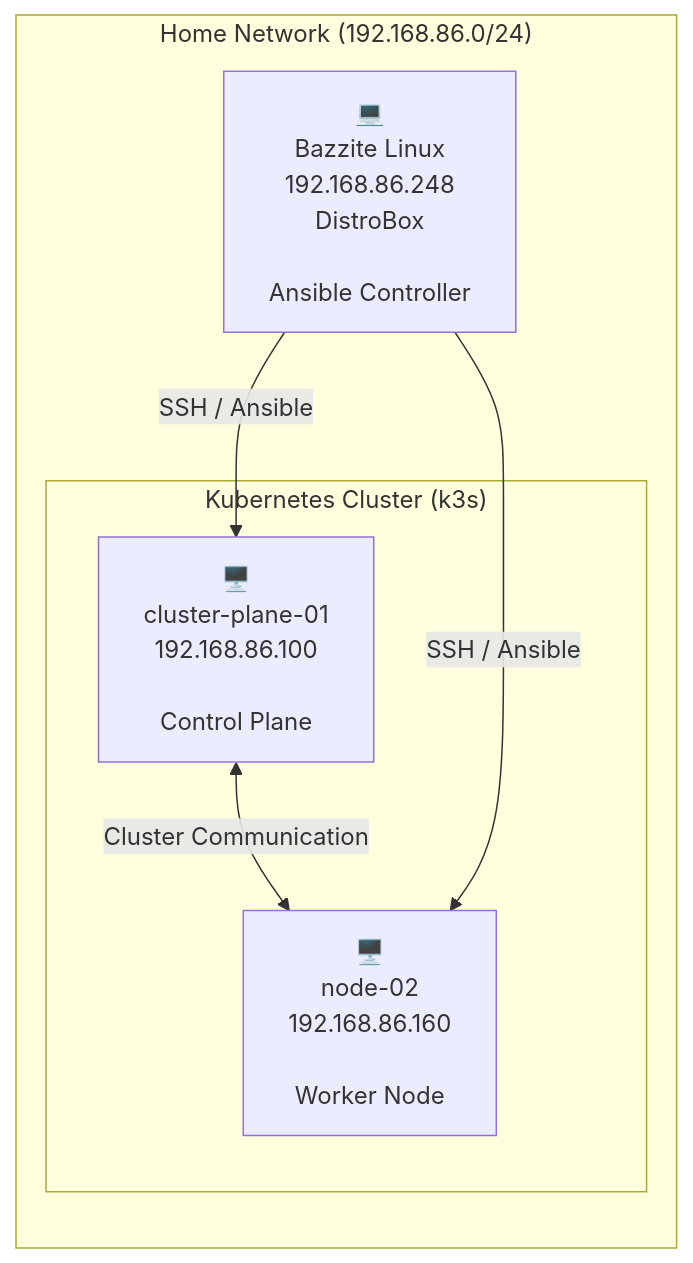
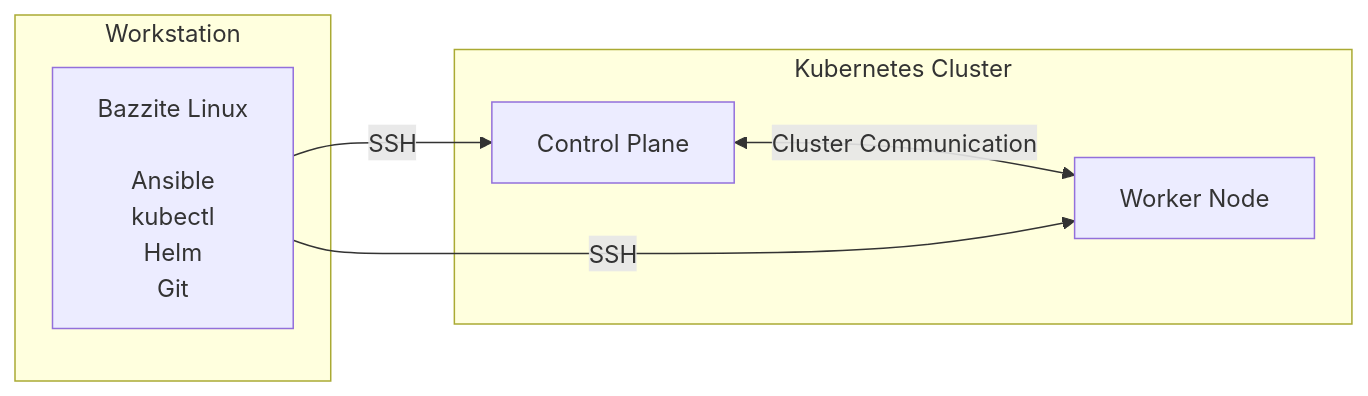
The second of 3 diagrams in docs/02-architecture.md (KentThylstrupAdel/HomeLab), drawn with Mermaid before and after one commit. The commit also changed other lines of this file, not shown here.

````diff
--- a/docs/02-architecture.md
+++ b/docs/02-architecture.md
@@ -19,34 +54,27 @@
 ```mermaid
 flowchart LR
 
-    subgraph LAN["Home Network (192.168.86.0/24)"]
+    subgraph Workstation
 
-        BZ["💻
-Bazzite Linux
-192.168.86.248
-DistroBox
+        BZ["Bazzite Linux
 
-Ansible Controller"]
-
-        subgraph K3S["Kubernetes Cluster (k3s)"]
-
-            CP["🖥️
-cluster-plane-01
-192.168.86.100
-
-Control Plane"]
-
-            N2["🖥️
-node-02
-192.168.86.160
-
-Worker Node"]
-
-            CP <-->|Cluster Communication| N2
-        end
-
-        BZ -->|SSH / Ansible| CP
-        BZ -->|SSH / Ansible| N2
+Ansible
+kubectl
+Helm
+Git"]
 
     end
+
+    subgraph Kubernetes Cluster
+
+        CP["Control Plane"]
+
+        W1["Worker Node"]
+
+        CP <-->|Cluster Communication| W1
+
+    end
+
+    BZ -->|SSH| CP
+    BZ -->|SSH| W1
 ```
````
